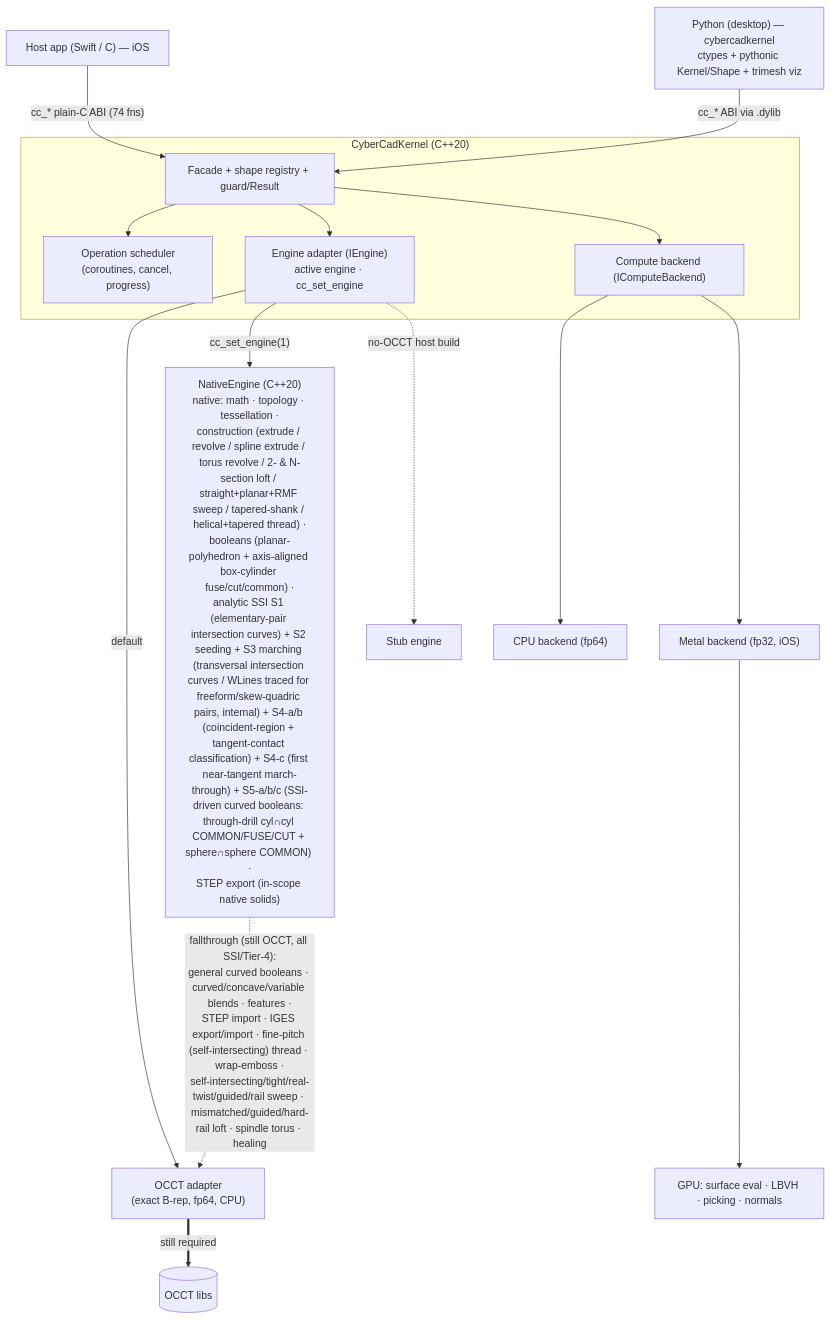
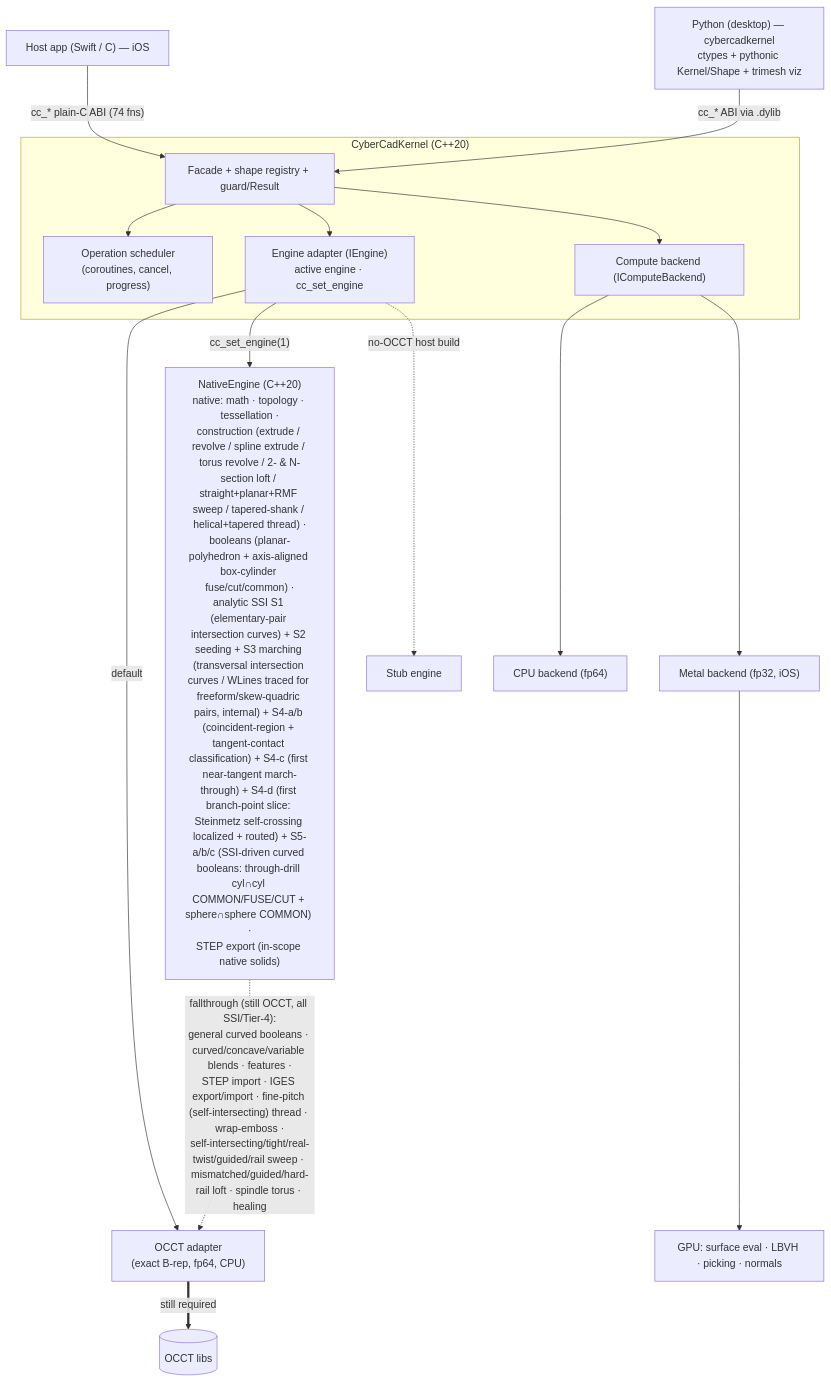
One commit to CyberdyneCorp/CyberCadKernel changed the diagram in README.md. Above: the diagram before and after it, drawn with Mermaid. The commit also changed other lines of this file and 17 other files, not shown here.

````diff
--- a/README.md
+++ b/README.md
@@ -33,27 +33,27 @@
 ```mermaid
 flowchart TD
     App["Host app (Swift / C) — iOS"] -->|"cc_* plain-C ABI (74 fns)"| Facade
     Py["Python (desktop) — cybercadkernel<br/>ctypes + pythonic Kernel/Shape + trimesh viz"] -->|"cc_* ABI via .dylib"| Facade
 
     subgraph Kernel["CyberCadKernel (C++20)"]
         Facade["Facade + shape registry + guard/Result"]
         Sched["Operation scheduler<br/>(coroutines, cancel, progress)"]
         Engine["Engine adapter (IEngine)<br/>active engine · cc_set_engine"]
         Compute["Compute backend (IComputeBackend)"]
 
         Facade --> Sched
         Facade --> Engine
         Facade --> Compute
     end
 
     Engine -->|"default"| OCCT["OCCT adapter<br/>(exact B-rep, fp64, CPU)"]
-    Engine -->|"cc_set_engine(1)"| Native["NativeEngine (C++20)<br/>native: math · topology · tessellation ·<br/>construction (extrude / revolve / spline extrude / torus revolve / 2- &amp; N-section loft / straight+planar+RMF sweep / tapered-shank / helical+tapered thread) ·<br/>booleans (planar-polyhedron + axis-aligned box-cylinder fuse/cut/common) ·<br/>analytic SSI S1 (elementary-pair intersection curves) + S2 seeding + S3 marching (transversal intersection curves / WLines traced for freeform/skew-quadric pairs, internal) + S4-a/b (coincident-region + tangent-contact classification) + S4-c (first near-tangent march-through) + S5-a/b/c (SSI-driven curved booleans: through-drill cyl∩cyl COMMON/FUSE/CUT + sphere∩sphere COMMON) ·<br/>STEP export (in-scope native solids)"]
+    Engine -->|"cc_set_engine(1)"| Native["NativeEngine (C++20)<br/>native: math · topology · tessellation ·<br/>construction (extrude / revolve / spline extrude / torus revolve / 2- &amp; N-section loft / straight+planar+RMF sweep / tapered-shank / helical+tapered thread) ·<br/>booleans (planar-polyhedron + axis-aligned box-cylinder fuse/cut/common) ·<br/>analytic SSI S1 (elementary-pair intersection curves) + S2 seeding + S3 marching (transversal intersection curves / WLines traced for freeform/skew-quadric pairs, internal) + S4-a/b (coincident-region + tangent-contact classification) + S4-c (first near-tangent march-through) + S4-d (first branch-point slice: Steinmetz self-crossing localized + routed) + S5-a/b/c (SSI-driven curved booleans: through-drill cyl∩cyl COMMON/FUSE/CUT + sphere∩sphere COMMON) ·<br/>STEP export (in-scope native solids)"]
     Engine -.->|"no-OCCT host build"| Stub["Stub engine"]
 
     Native -.->|"fallthrough (still OCCT, all SSI/Tier-4):<br/>general curved booleans · curved/concave/variable blends · features ·<br/>STEP import · IGES export/import · fine-pitch (self-intersecting) thread · wrap-emboss ·<br/>self-intersecting/tight/real-twist/guided/rail sweep · mismatched/guided/hard-rail loft · spindle torus · healing"| OCCT
     OCCT ==>|"still required"| OCCTlib[("OCCT libs")]
 
     Compute --> CPUb["CPU backend (fp64)"]
     Compute --> Metal["Metal backend (fp32, iOS)"]
     Metal --> GPU["GPU: surface eval · LBVH · picking · normals"]
 ```
````
